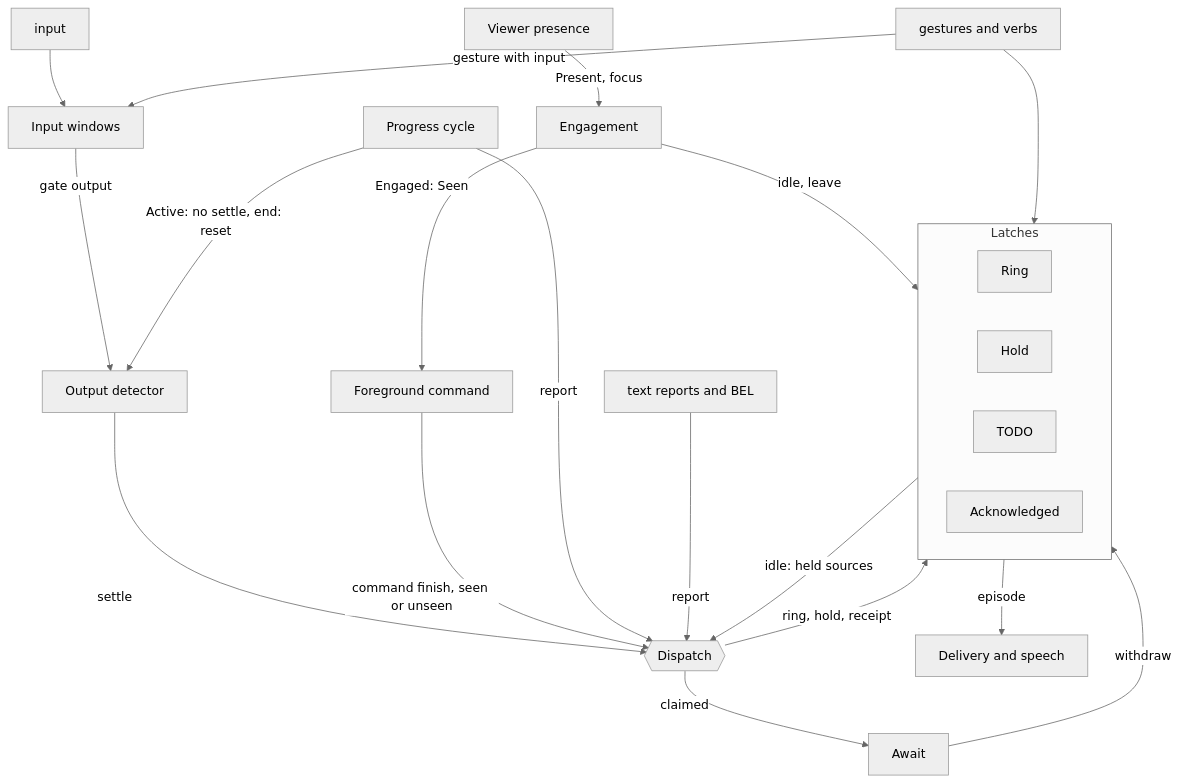
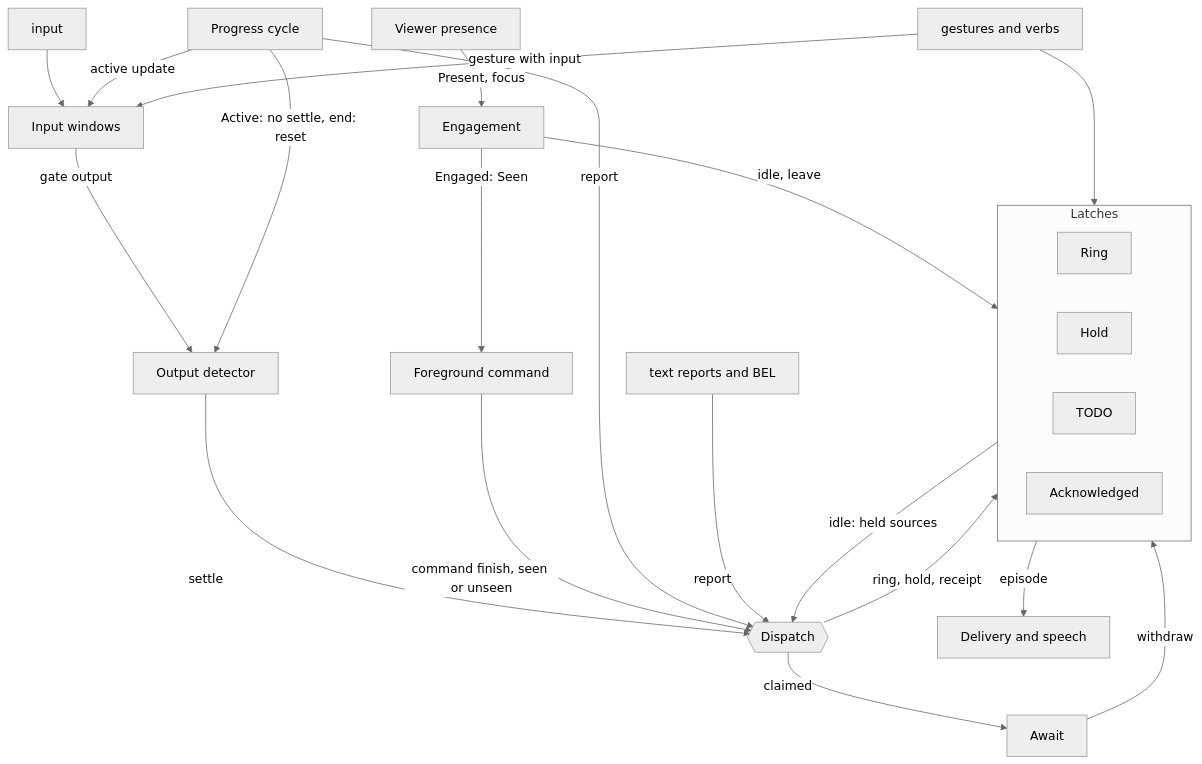
One commit to diffplug/dormouse changed the first of 16 diagrams in docs/specs/alert.md. Above: the diagram before and after it, drawn with Mermaid (neutral theme). The commit also changed other lines of this file and 27 other files, not shown here.

````diff
--- a/docs/specs/alert.md
+++ b/docs/specs/alert.md
@@ -89,26 +89,27 @@
 ```mermaid
 flowchart TD
   P["Viewer presence"] -- "Present, focus" --> EN["Engagement"]
   WIN["Input windows"] -- "gate output" --> DET["Output detector"]
   IN["input"] --> WIN
   PR["Progress cycle"] -- "Active: no settle, end: reset" --> DET
+  PR -- "active update" --> WIN
   DET -- "settle" --> DIS{{"Dispatch"}}
   CMD["Foreground command"] -- "command finish, seen or unseen" --> DIS
   PR -- "report" --> DIS
   REP["text reports and BEL"] -- "report" --> DIS
   DIS -- "claimed" --> AW["Await"]
   DIS -- "ring, hold, receipt" --> L
   AW -- "withdraw" --> L
   EN -- "idle, leave" --> L
   EN -- "Engaged: Seen" --> CMD
   L -- "idle: held sources" --> DIS
   VB["gestures and verbs"] --> L
   VB -- "gesture with input" --> WIN
   subgraph L["Latches"]
     RING["Ring"]
     HOLD["Hold"]
     TODO["TODO"]
     ACK["Acknowledged"]
   end
   L -- "episode" --> DEL["Delivery and speech"]
 ```
````
